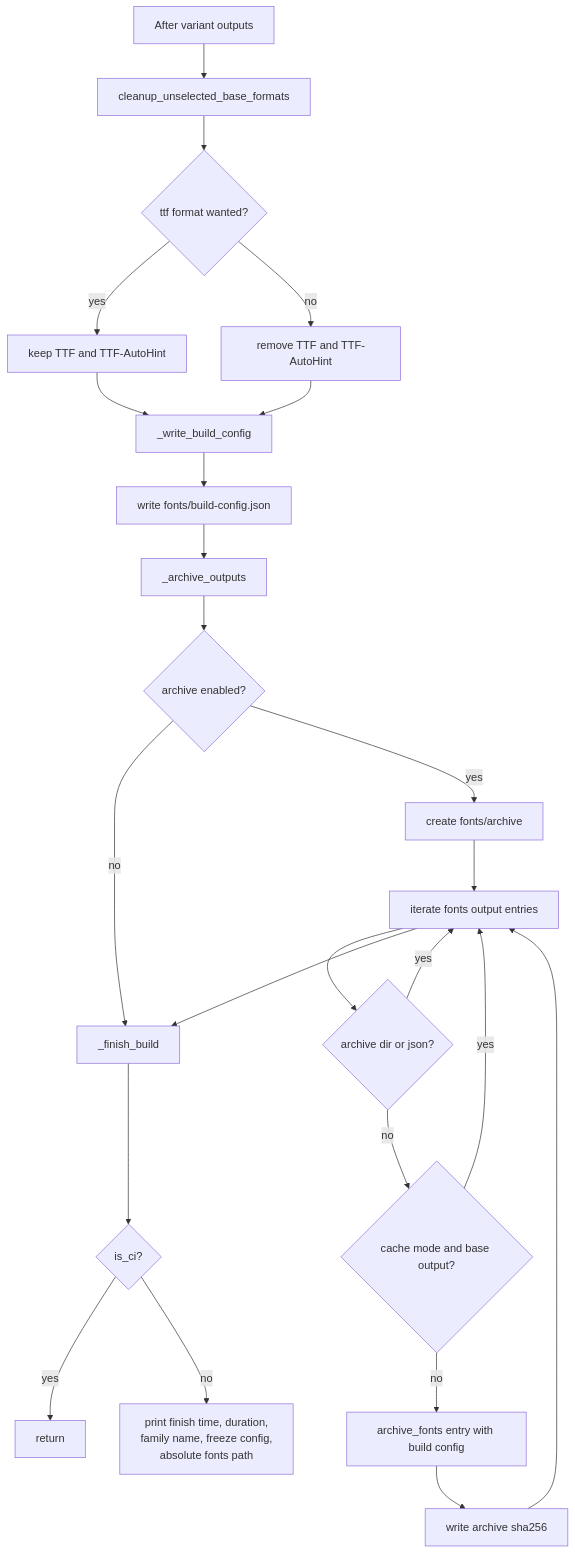
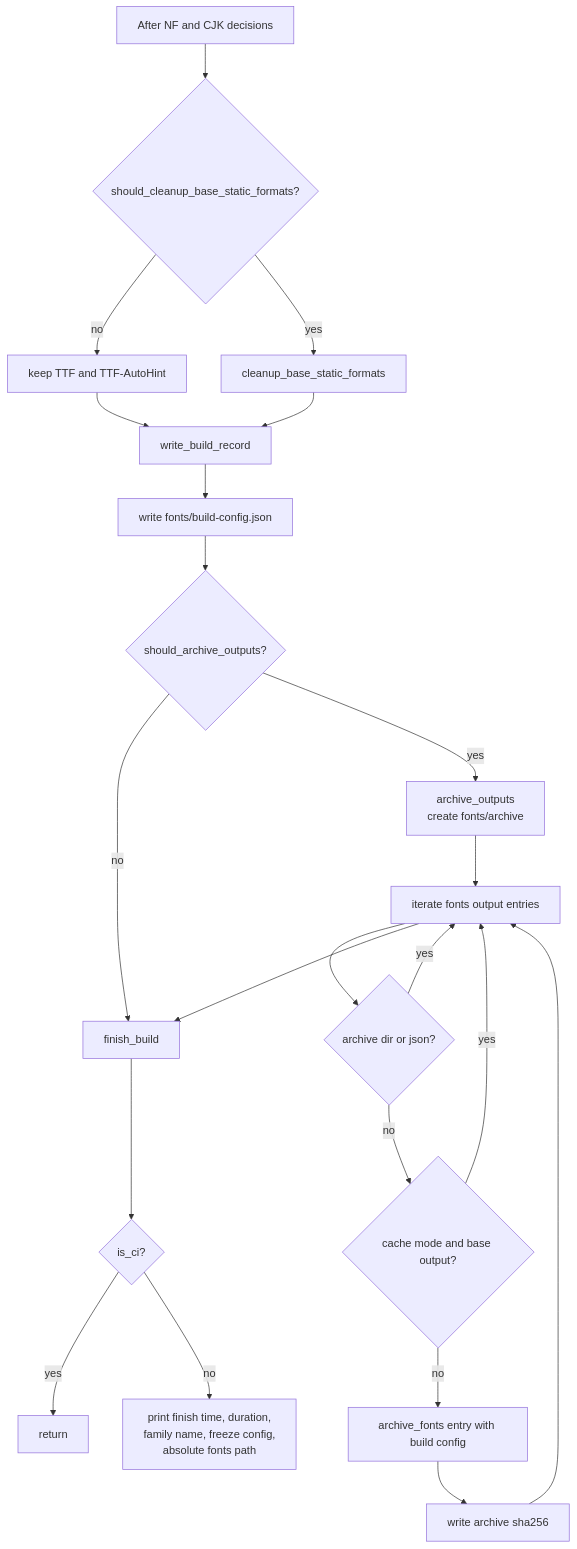
The fifth of 5 diagrams in source/py/build/README.md (iaragoza2027/maple-font-taro), drawn with Mermaid before and after one commit. The commit also changed other lines of this file and 22 other files, not shown here.

````diff
--- a/source/py/build/README.md
+++ b/source/py/build/README.md
@@ -259,26 +239,24 @@
 ```mermaid
 flowchart TD
-    A["After variant outputs"] --> B["cleanup_unselected_base_formats"]
-    B --> C{"ttf format wanted?"}
-    C -->|"yes"| D["keep TTF and TTF-AutoHint"]
-    C -->|"no"| E["remove TTF and TTF-AutoHint"]
-    D --> F["_write_build_config"]
+    A["After NF and CJK decisions"] --> B{"should_cleanup_base_static_formats?"}
+    B -->|"no"| D["keep TTF and TTF-AutoHint"]
+    B -->|"yes"| E["cleanup_base_static_formats"]
+    D --> F["write_build_record"]
     E --> F
     F --> G["write fonts/build-config.json"]
-    G --> H["_archive_outputs"]
-    H --> I{"archive enabled?"}
-    I -->|"no"| Q["_finish_build"]
-    I -->|"yes"| J["create fonts/archive"]
+    G --> I{"should_archive_outputs?"}
+    I -->|"no"| Q["finish_build"]
+    I -->|"yes"| J["archive_outputs<br/>create fonts/archive"]
     J --> K["iterate fonts output entries"]
     K --> L{"archive dir or json?"}
     L -->|"yes"| K
     L -->|"no"| M{"cache mode and base output?"}
     M -->|"yes"| K
     M -->|"no"| N["archive_fonts entry with build config"]
     N --> O["write archive sha256"]
     O --> K
     K --> Q
     Q --> R{"is_ci?"}
     R -->|"yes"| S["return"]
     R -->|"no"| T["print finish time, duration,<br/>family name, freeze config,<br/>absolute fonts path"]
 ```
````
